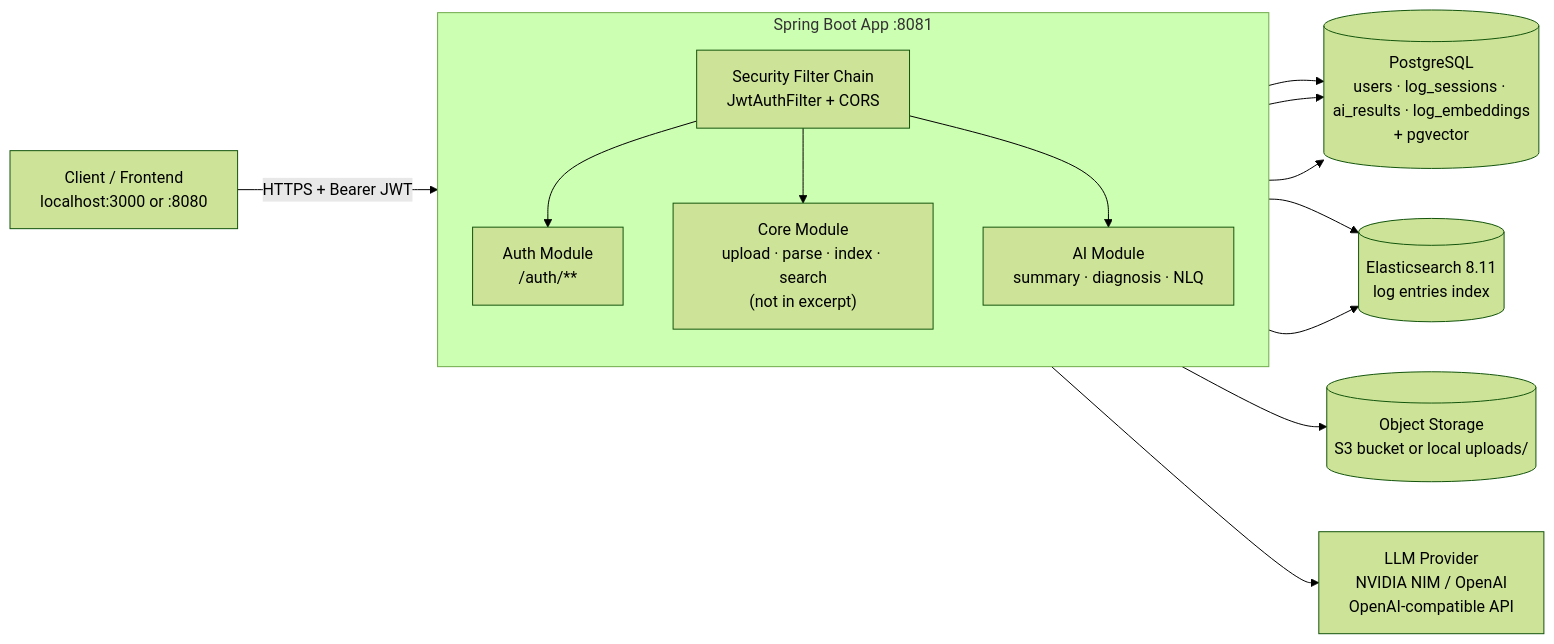
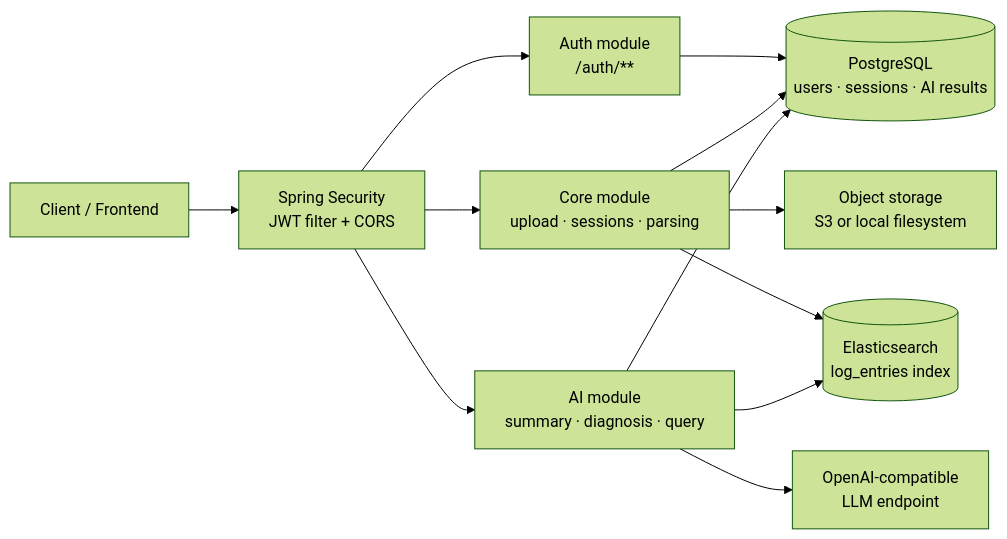
Before and after one commit to Ashutosh730/parser: the first of 5 diagrams in README.md, drawn with Mermaid (forest theme). The commit also changed other lines of this file and 1 other file, not shown here.

Commit message:
docs: add README for Log Analyzer project with detailed features and architecture

````diff
--- a/README.md
+++ b/README.md
@@ -88,30 +67,24 @@
 ```mermaid
 flowchart LR
-    Client["Client / Frontend<br/>localhost:3000 or :8080"]
+    Client["Client / Frontend"]
+    Security["Spring Security<br/>JWT filter + CORS"]
+    Auth["Auth module<br/>/auth/**"]
+    Core["Core module<br/>upload · sessions · parsing"]
+    AI["AI module<br/>summary · diagnosis · query"]
+    Storage["Object storage<br/>S3 or local filesystem"]
+    PostgreSQL[("PostgreSQL<br/>users · sessions · AI results")]
+    Elasticsearch[("Elasticsearch<br/>log_entries index")]
+    LLM["OpenAI-compatible<br/>LLM endpoint"]
 
-    subgraph App["Spring Boot App :8081"]
-        direction TB
-        SEC["Security Filter Chain<br/>JwtAuthFilter + CORS"]
-        AUTH["Auth Module<br/>/auth/**"]
-        CORE["Core Module<br/>upload · parse · index · search<br/>(not in excerpt)"]
-        AI["AI Module<br/>summary · diagnosis · NLQ"]
-    end
-
-    PG[("PostgreSQL<br/>users · log_sessions · ai_results · log_embeddings<br/>+ pgvector")]
-    ES[("Elasticsearch 8.11<br/>log entries index")]
-    OBJ[("Object Storage<br/>S3 bucket or local uploads/")]
-    LLM["LLM Provider<br/>NVIDIA NIM / OpenAI<br/>OpenAI-compatible API"]
-
-    Client -->|"HTTPS + Bearer JWT"| SEC
-    SEC --> AUTH
-    SEC --> CORE
-    SEC --> AI
-
-    AUTH --> PG
-    CORE --> PG
-    CORE --> ES
-    CORE --> OBJ
-    AI --> PG
-    AI --> ES
+    Client --> Security
+    Security --> Auth
+    Security --> Core
+    Security --> AI
+    Auth --> PostgreSQL
+    Core --> Storage
+    Core --> PostgreSQL
+    Core --> Elasticsearch
+    AI --> PostgreSQL
+    AI --> Elasticsearch
     AI --> LLM
 ```
````
